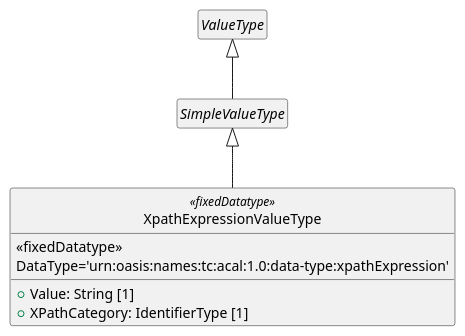
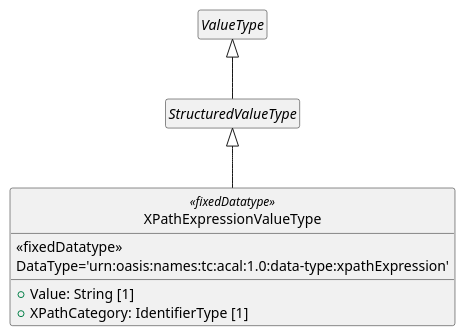
The fifth of 5 diagrams in acal-v1.0-xpath.md (oasis-tcs/xacml-spec), drawn with PlantUML before and after one commit. The commit also changed other lines of this file and 9 other files, not shown here.

````diff
--- a/acal-v1.0-xpath.md
+++ b/acal-v1.0-xpath.md
@@ -507,16 +507,16 @@
 ```plantuml
 @startuml
 hide empty members
 hide circle
 
 abstract class ValueType
-abstract class SimpleValueType extends ValueType 
-class XpathExpressionValueType <<fixedDatatype>> extends SimpleValueType {
+abstract class StructuredValueType extends ValueType
+class XPathExpressionValueType <<fixedDatatype>> extends StructuredValueType {
     <<fixedDatatype>>
     DataType='urn:oasis:names:tc:acal:1.0:data-type:xpathExpression'
     __
-    +Value: String [1]
-    +XPathCategory: IdentifierType [1]
+    + Value: String [1]
+    + XPathCategory: IdentifierType [1]
 }
 @enduml 
 ```
````
